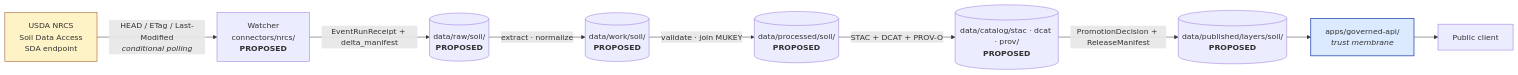
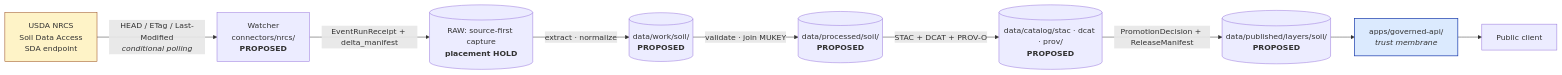
One commit to bartytime4life/Kansas-Frontier-Matrix changed the diagram in docs/sources/catalog/nrcs/soil-data-access.md. Above: the diagram before and after it, drawn with Mermaid. The commit also changed other lines of this file and 10 other files, not shown here.

First line of the commit message:
docs(sources): align soil source-catalog RAW paths with source-first DIR-SOURCE-001

````diff
--- a/docs/sources/catalog/nrcs/soil-data-access.md
+++ b/docs/sources/catalog/nrcs/soil-data-access.md
@@ -126,15 +127,15 @@
 ```mermaid
 flowchart LR
     A[USDA NRCS<br/>Soil Data Access<br/>SDA endpoint]:::ext
     A -->|HEAD / ETag / Last-Modified<br/><i>conditional polling</i>| W[Watcher<br/>connectors/nrcs/<br/><b>PROPOSED</b>]
-    W -->|EventRunReceipt + delta_manifest| RAW[(data/raw/soil/<br/><b>PROPOSED</b>)]
+    W -->|EventRunReceipt + delta_manifest| RAW[("RAW: source-first capture<br/><b>placement HOLD</b>")]
     RAW -->|extract · normalize| WORK[(data/work/soil/<br/><b>PROPOSED</b>)]
     WORK -->|validate · join MUKEY| PROC[(data/processed/soil/<br/><b>PROPOSED</b>)]
     PROC -->|STAC + DCAT + PROV-O| CAT[(data/catalog/stac · dcat · prov/<br/><b>PROPOSED</b>)]
     CAT -->|PromotionDecision + ReleaseManifest| PUB[(data/published/layers/soil/<br/><b>PROPOSED</b>)]
     PUB --> API[apps/governed-api/<br/><i>trust membrane</i>]:::api
     API --> Client[Public client]
 
     classDef ext fill:#fef3c7,stroke:#92400e,stroke-width:1px
     classDef api fill:#dbeafe,stroke:#1e40af,stroke-width:1.5px
 ```
````
